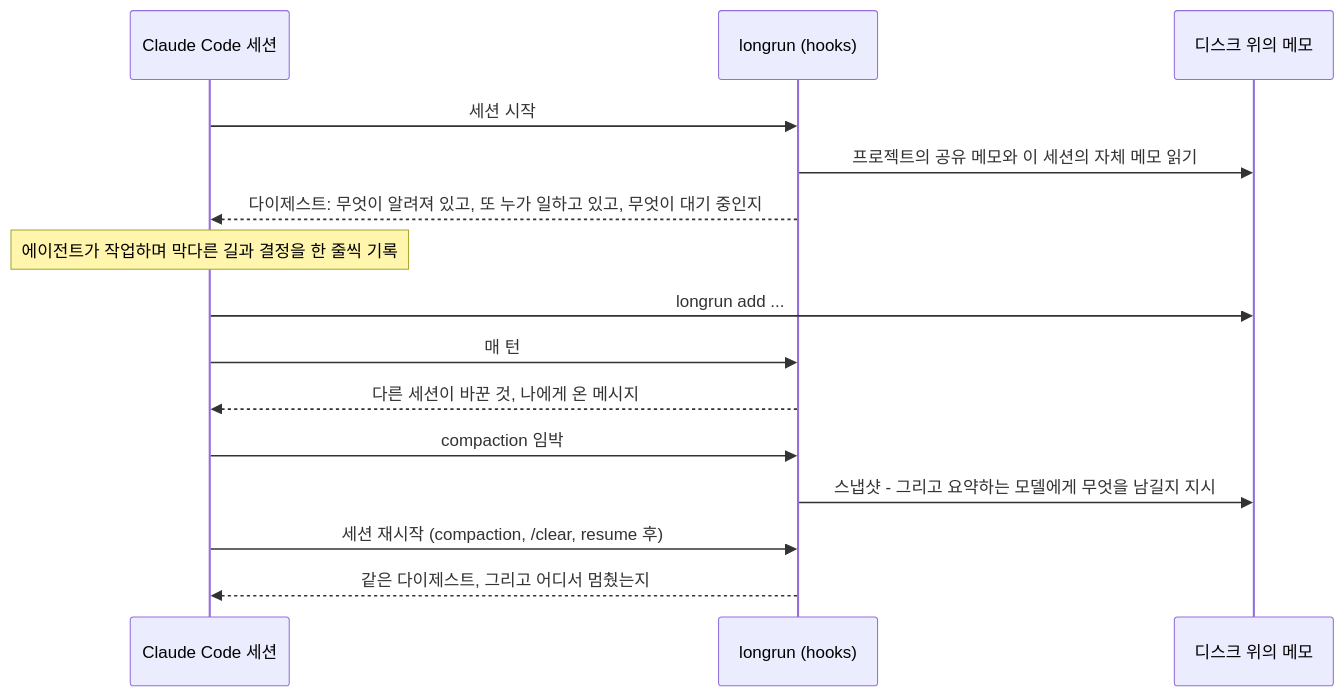
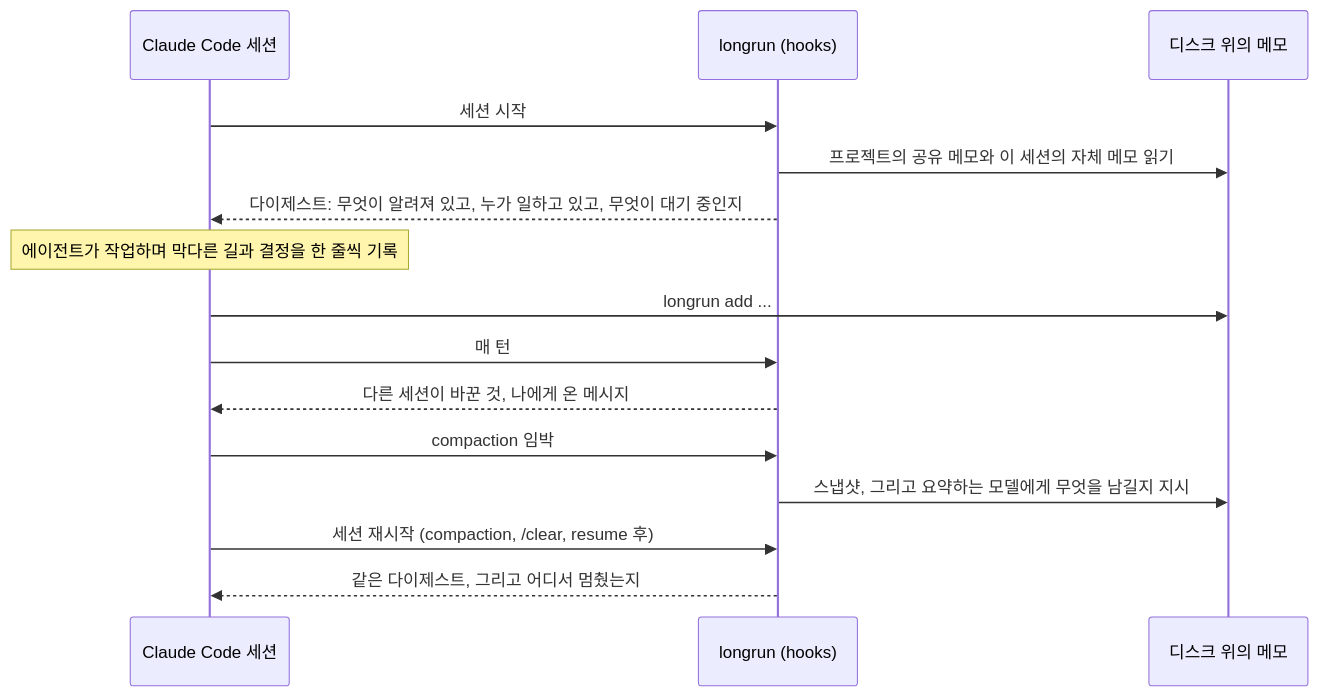
One commit to krllx/longrun changed the diagram in README.ko.md. Above: the diagram before and after it, drawn with Mermaid. The commit also changed other lines of this file, not shown here.

````diff
--- a/README.ko.md
+++ b/README.ko.md
@@ -151,17 +151,17 @@
 ```mermaid
 sequenceDiagram
     participant S as Claude Code 세션
     participant L as longrun (hooks)
     participant D as 디스크 위의 메모
     S->>L: 세션 시작
     L->>D: 프로젝트의 공유 메모와 이 세션의 자체 메모 읽기
-    L-->>S: 다이제스트: 무엇이 알려져 있고, 또 누가 일하고 있고, 무엇이 대기 중인지
+    L-->>S: 다이제스트: 무엇이 알려져 있고, 누가 일하고 있고, 무엇이 대기 중인지
     Note over S: 에이전트가 작업하며 막다른 길과 결정을 한 줄씩 기록
     S->>D: longrun add ...
     S->>L: 매 턴
     L-->>S: 다른 세션이 바꾼 것, 나에게 온 메시지
     S->>L: compaction 임박
-    L->>D: 스냅샷 - 그리고 요약하는 모델에게 무엇을 남길지 지시
+    L->>D: 스냅샷, 그리고 요약하는 모델에게 무엇을 남길지 지시
     S->>L: 세션 재시작 (compaction, /clear, resume 후)
     L-->>S: 같은 다이제스트, 그리고 어디서 멈췄는지
 ```
````
